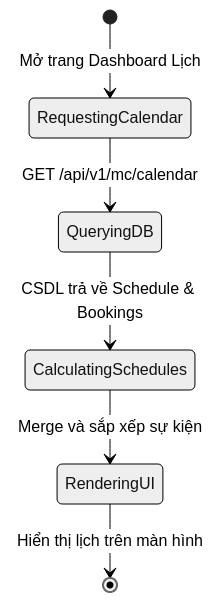
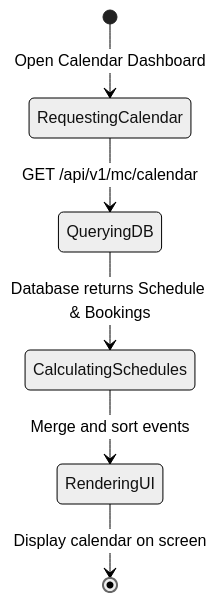
One commit to dat-21/SWD392 changed the seventh of 13 diagrams in UC_Backend_Design_Details.md. Above: the diagram before and after it, drawn with Mermaid (neutral theme). The commit also changed other lines of this file and 1 other file, not shown here.

````diff
--- a/UC_Backend_Design_Details.md
+++ b/UC_Backend_Design_Details.md
@@ -173,8 +173,8 @@
 ```mermaid
 stateDiagram-v2
-    [*] --> RequestingCalendar: Mở trang Dashboard Lịch
+    [*] --> RequestingCalendar: Open Calendar Dashboard
     RequestingCalendar --> QueryingDB: GET /api/v1/mc/calendar
-    QueryingDB --> CalculatingSchedules: CSDL trả về Schedule & Bookings
-    CalculatingSchedules --> RenderingUI: Merge và sắp xếp sự kiện
-    RenderingUI --> [*]: Hiển thị lịch trên màn hình
+    QueryingDB --> CalculatingSchedules: Database returns Schedule & Bookings
+    CalculatingSchedules --> RenderingUI: Merge and sort events
+    RenderingUI --> [*]: Display calendar on screen
 ```
````
